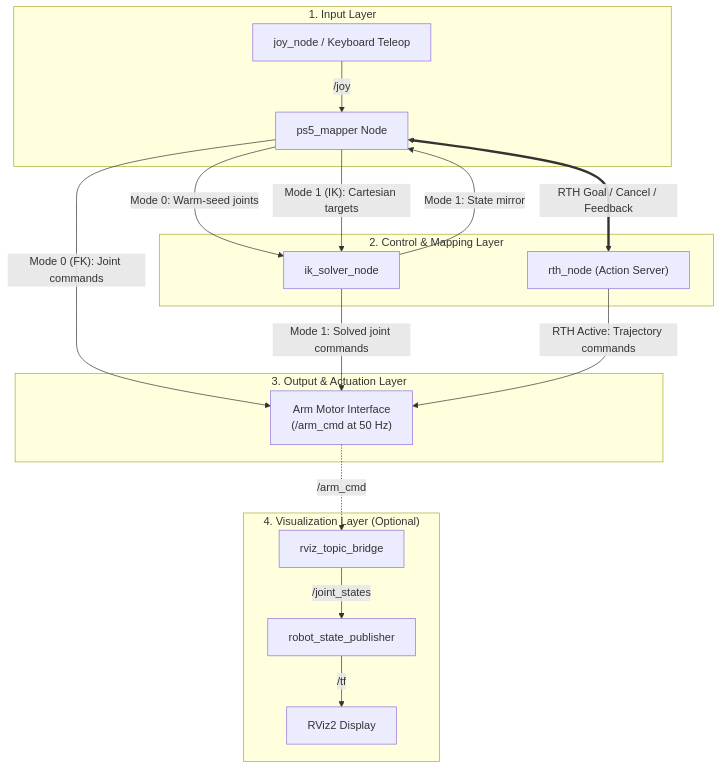
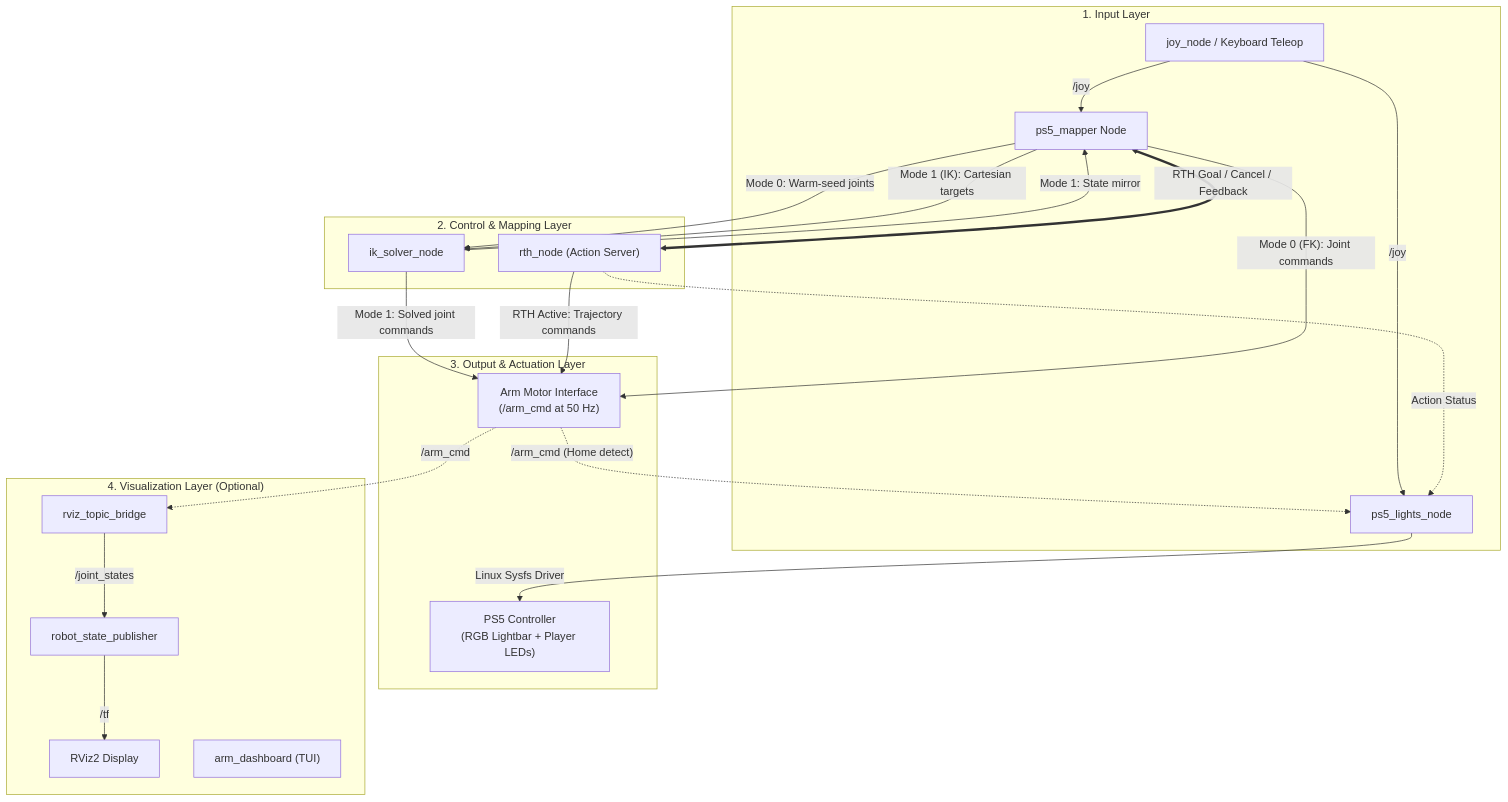
Before and after one commit to Project-Kratos-28/arm_high_level: the diagram in README.md, drawn with Mermaid. The commit also changed other lines of this file, not shown here.

Commit message:
docs(readme): add PS5 controller lighting guide, udev setup, and CLI usage

````diff
--- a/README.md
+++ b/README.md
@@ -86,31 +110,38 @@
 ```mermaid
 flowchart TD
     subgraph Inputs ["1. Input Layer"]
         Joy["joy_node / Keyboard Teleop"] -->|"/joy"| Mapper["ps5_mapper Node"]
+        Joy -->|"/joy"| Lights["ps5_lights_node"]
     end
 
     subgraph Decision ["2. Control & Mapping Layer"]
         Mapper
+        Lights
         IKSolver["ik_solver_node"]
         RTH["rth_node (Action Server)"]
     end
 
     subgraph Hardware ["3. Output & Actuation Layer"]
         Motors["Arm Motor Interface\n(/arm_cmd at 50 Hz)"]
+        ControllerLEDs["PS5 Controller\n(RGB Lightbar + Player LEDs)"]
     end
 
     subgraph Visual ["4. Visualization Layer (Optional)"]
         Bridge["rviz_topic_bridge"] -->|"/joint_states"| RSP["robot_state_publisher"]
         RSP -->|"/tf"| RViz["RViz2 Display"]
+        Dash["arm_dashboard (TUI)"]
     end
 
     %% Routing
     Mapper -->|"Mode 0 (FK): Joint commands"| Motors
     Mapper -->|"Mode 0: Warm-seed joints"| IKSolver
     Mapper -->|"Mode 1 (IK): Cartesian targets"| IKSolver
     IKSolver -->|"Mode 1: Solved joint commands"| Motors
     IKSolver -->|"Mode 1: State mirror"| Mapper
     Mapper <==>|"RTH Goal / Cancel / Feedback"| RTH
     RTH -->|"RTH Active: Trajectory commands"| Motors
     Motors -.->|"/arm_cmd"| Bridge
+    Motors -.->|"/arm_cmd (Home detect)"| Lights
+    RTH -.->|"Action Status"| Lights
+    Lights -->|"Linux Sysfs Driver"| ControllerLEDs
 ```
````
